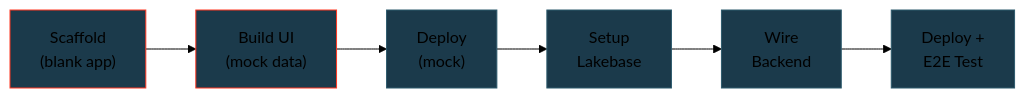
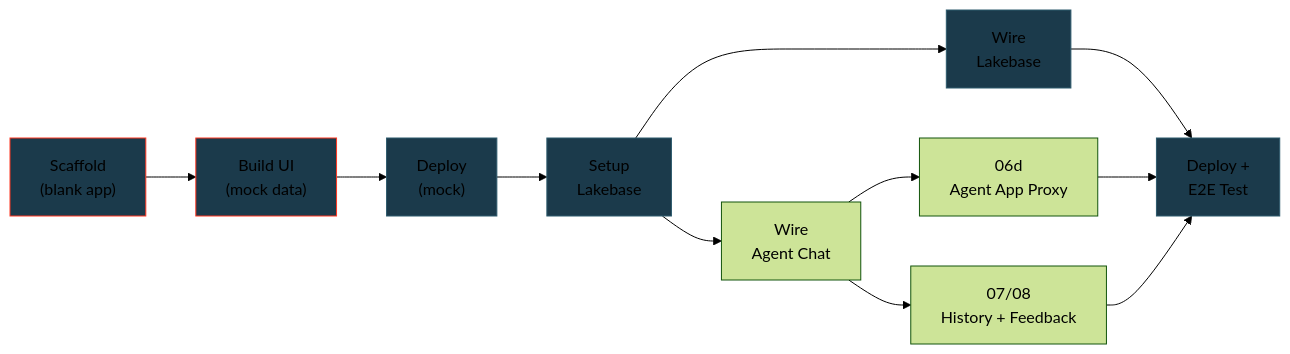
The sixth of 8 diagrams in presentations/workshop.marp.md (databricks-solutions/vibe-coding-workshop-template), drawn with Mermaid (forest theme) before and after one commit. The commit also changed other lines of this file and 253 other files, not shown here.

```diff
--- a/presentations/workshop.marp.md
+++ b/presentations/workshop.marp.md
@@ -1894,14 +1896,19 @@
 <div class="mermaid">
 graph LR
     S["Scaffold<br/>(blank app)"] --> B["Build UI<br/>(mock data)"]
     B --> D1["Deploy<br/>(mock)"]
     D1 --> LB["Setup<br/>Lakebase"]
-    LB --> W["Wire<br/>Backend"]
+    LB --> W["Wire<br/>Lakebase"]
+    LB --> A["Wire<br/>Agent Chat"]
+    A --> P["06d<br/>Agent App Proxy"]
+    A --> C["07/08<br/>History + Feedback"]
     W --> D2["Deploy +<br/>E2E Test"]
+    P --> D2
+    C --> D2
     style S fill:#1B3A4B,stroke:#FF3621
     style B fill:#1B3A4B,stroke:#FF3621
     style D1 fill:#1B3A4B,stroke:#2D5A6C
     style LB fill:#1B3A4B,stroke:#2D5A6C
     style W fill:#1B3A4B,stroke:#2D5A6C
     style D2 fill:#1B3A4B,stroke:#2D5A6C
 </div>
```
